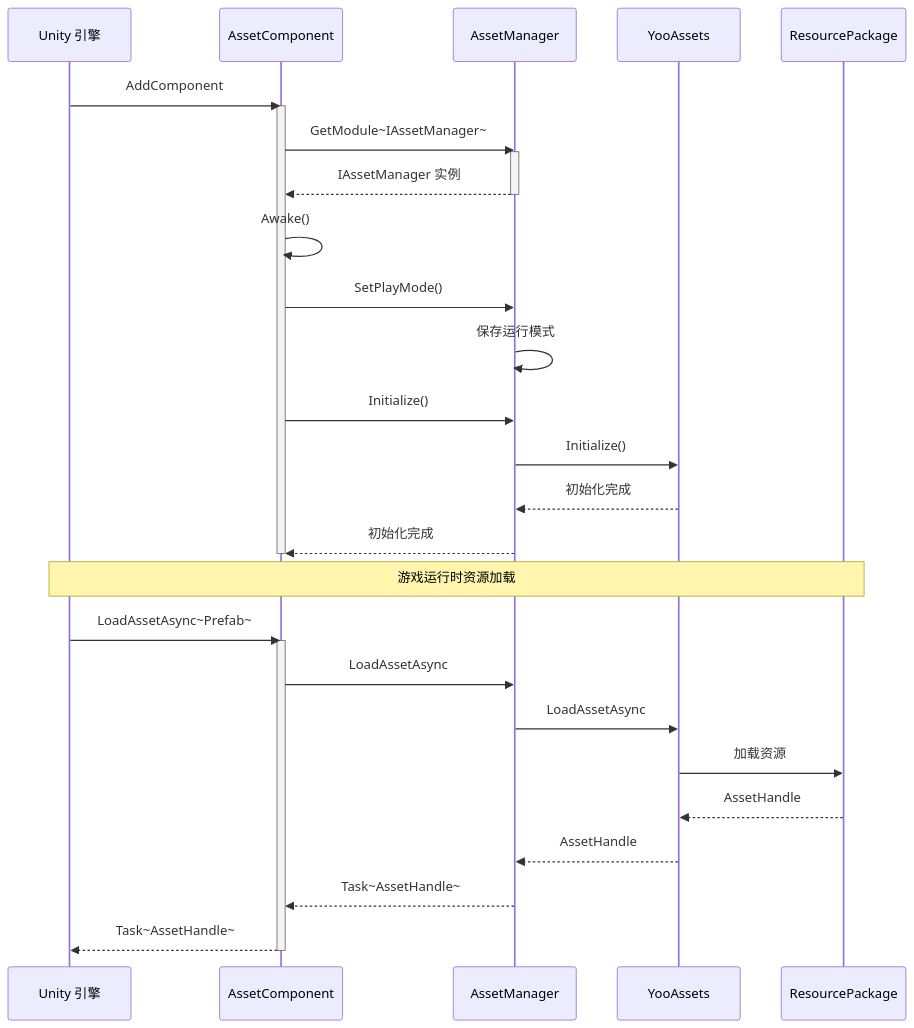
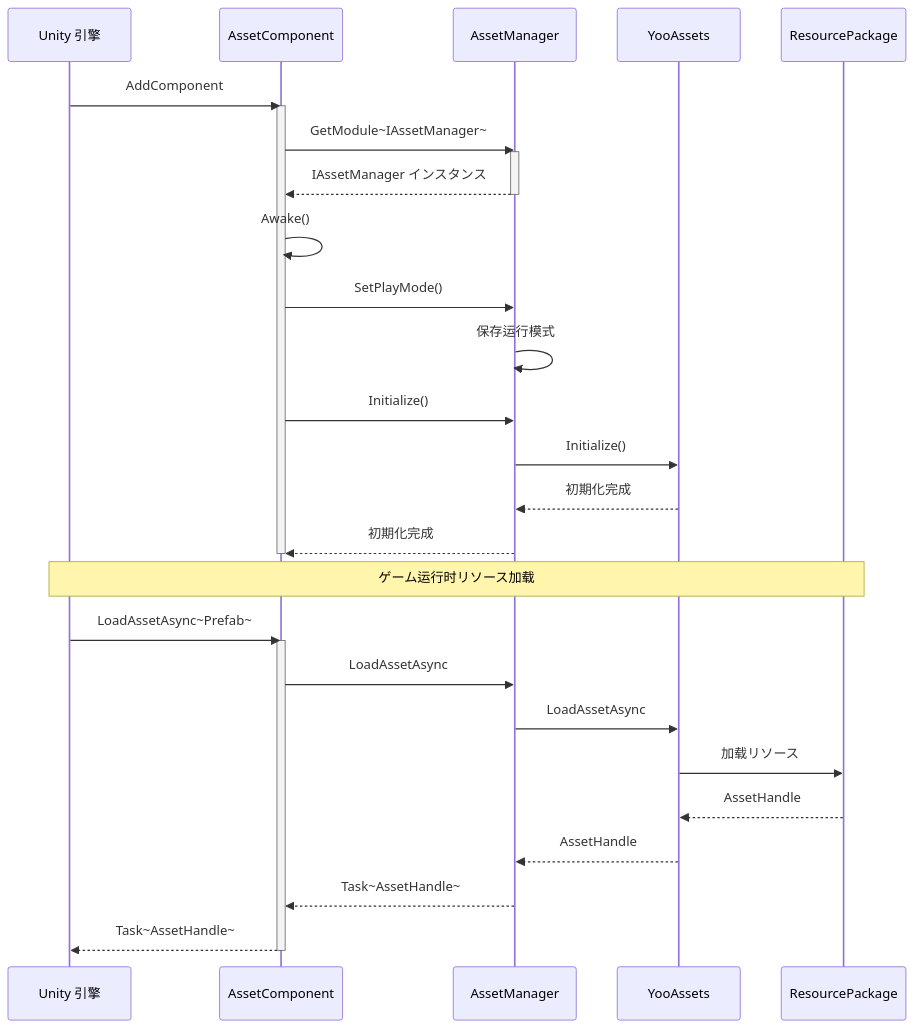
The third of 4 diagrams in docs/ja/client/unity/component/asset/01.overview.md (AlianBlank/GameFrameX.Docs), drawn with Mermaid before and after one commit. The commit also changed other lines of this file and 603 other files, not shown here.

````diff
--- a/docs/ja/client/unity/component/asset/01.overview.md
+++ b/docs/ja/client/unity/component/asset/01.overview.md
@@ -135,35 +135,35 @@
 ```mermaid
 sequenceDiagram
     participant Unity as Unity 引擎
     participant Component as AssetComponent
     participant Manager as AssetManager
     participant YooAssets as YooAssets
     participant Package as ResourcePackage
 
     Unity->>Component: AddComponent
     activate Component
     Component->>Manager: GetModule~IAssetManager~
     activate Manager
-    Manager-->>Component: IAssetManager 实例
+    Manager-->>Component: IAssetManager インスタンス
     deactivate Manager
     Component->>Component: Awake()
     Component->>Manager: SetPlayMode()
     Manager->>Manager: 保存运行模式
     Component->>Manager: Initialize()
     Manager->>YooAssets: Initialize()
-    YooAssets-->>Manager: 初始化完成
-    Manager-->>Component: 初始化完成
+    YooAssets-->>Manager: 初期化完成
+    Manager-->>Component: 初期化完成
     deactivate Component
 
-    Note over Unity,Package: 游戏运行时资源加载
+    Note over Unity,Package: ゲーム运行时リソース加载
     Unity->>Component: LoadAssetAsync~Prefab~
     activate Component
     Component->>Manager: LoadAssetAsync
     Manager->>YooAssets: LoadAssetAsync
-    YooAssets->>Package: 加载资源
+    YooAssets->>Package: 加载リソース
     Package-->>YooAssets: AssetHandle
     YooAssets-->>Manager: AssetHandle
     Manager-->>Component: Task~AssetHandle~
     Component-->>Unity: Task~AssetHandle~
     deactivate Component
 ```
````
